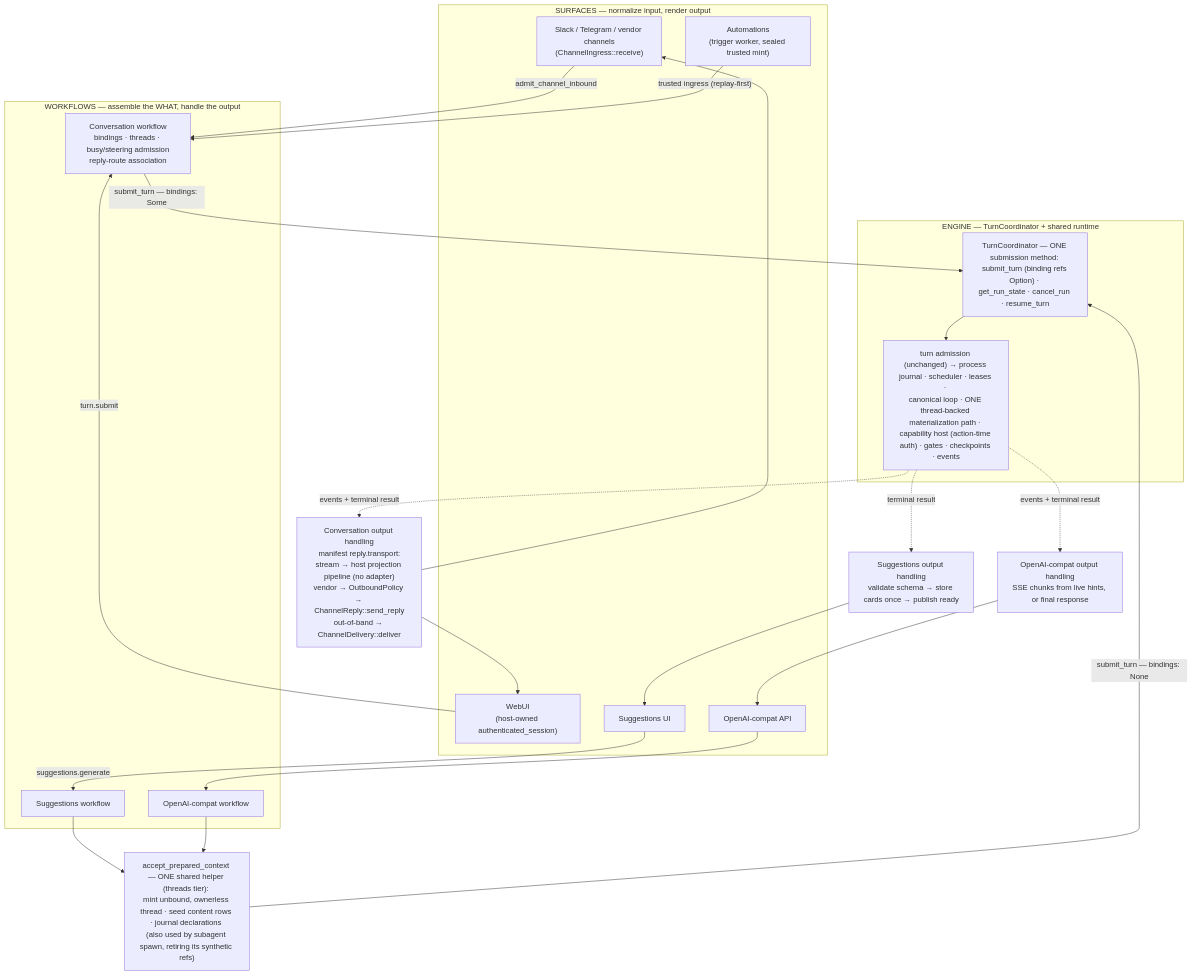
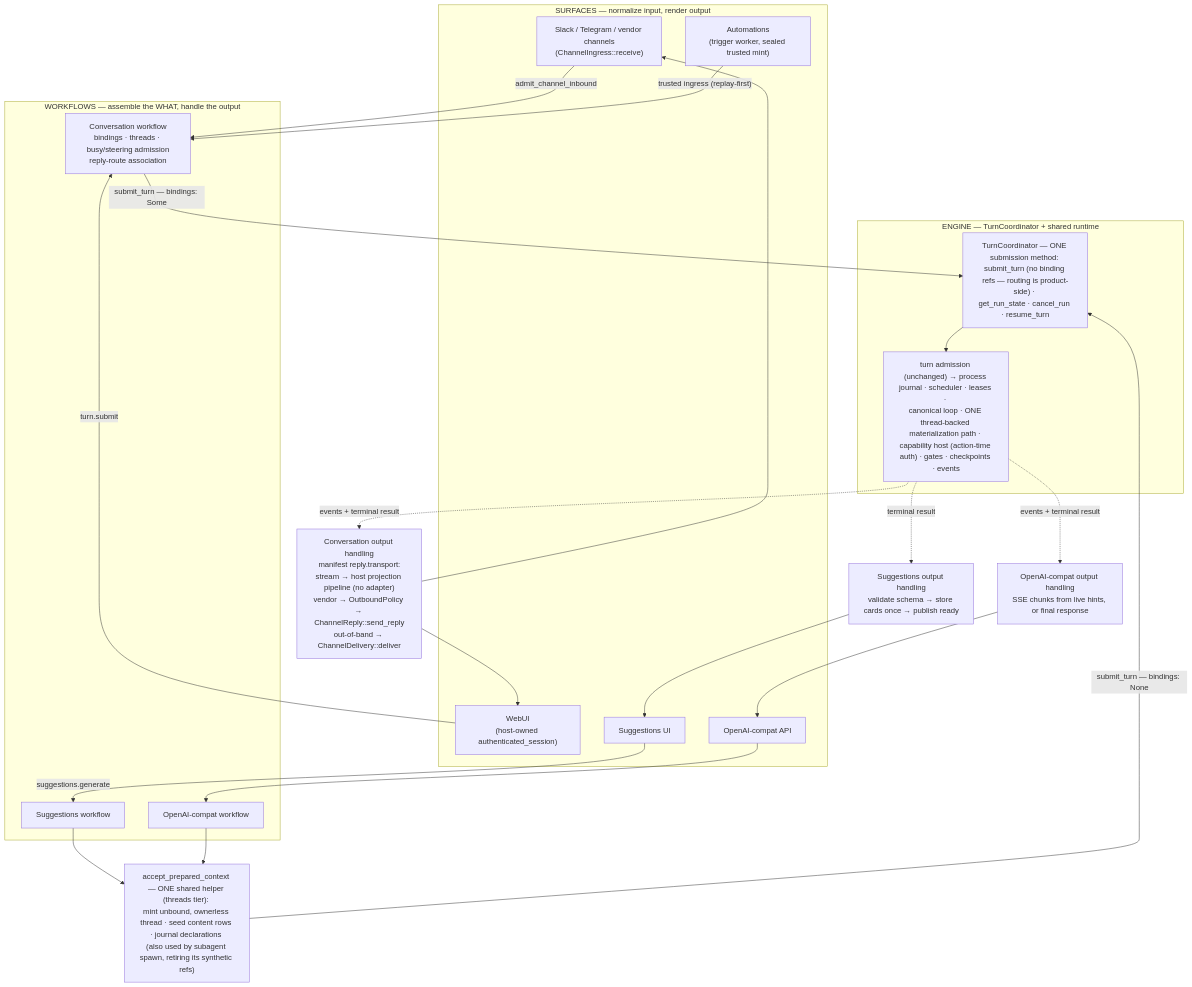
Before and after one commit to nearai/ironclaw: the diagram in docs/internal/design/2026-08-12-one-engine-many-surfaces.md, drawn with Mermaid. The commit also changed other lines of this file and 5 other files, not shown here.

````diff
--- a/docs/internal/design/2026-08-12-one-engine-many-surfaces.md
+++ b/docs/internal/design/2026-08-12-one-engine-many-surfaces.md
@@ -49,44 +49,44 @@
 ```mermaid
 flowchart TB
     subgraph Surfaces["SURFACES — normalize input, render output"]
         Slack["Slack / Telegram / vendor channels<br/>(ChannelIngress::receive)"]
         WebUI["WebUI<br/>(host-owned authenticated_session)"]
         Trig["Automations<br/>(trigger worker, sealed trusted mint)"]
         SuggUI["Suggestions UI"]
         OAIApi["OpenAI-compat API"]
     end
 
     subgraph Workflows["WORKFLOWS — assemble the WHAT, handle the output"]
         Conv["Conversation workflow<br/>bindings · threads · busy/steering admission<br/>reply-route association"]
         Sugg["Suggestions workflow"]
         Compat["OpenAI-compat workflow"]
     end
 
     subgraph Engine["ENGINE — TurnCoordinator + shared runtime"]
-        AE["TurnCoordinator — ONE submission method: <br/>submit_turn (binding refs Option) · <br/>get_run_state · cancel_run · resume_turn"]
+        AE["TurnCoordinator — ONE submission method: <br/>submit_turn (no binding refs — routing is product-side) · <br/>get_run_state · cancel_run · resume_turn"]
         RT["turn admission (unchanged) → process journal · scheduler · leases · <br/>canonical loop · ONE thread-backed materialization path · <br/>capability host (action-time auth) · gates · checkpoints · events"]
         AE --> RT
     end
 
     PREP["accept_prepared_context — ONE shared helper (threads tier): <br/>mint unbound, ownerless thread · seed content rows · journal declarations <br/>(also used by subagent spawn, retiring its synthetic refs)"]
 
     Slack -->|"admit_channel_inbound"| Conv
     WebUI -->|"turn.submit"| Conv
     Trig -->|"trusted ingress (replay-first)"| Conv
     SuggUI -->|"suggestions.generate"| Sugg
     OAIApi --> Compat
 
     Conv -->|"submit_turn — bindings: Some"| AE
     Sugg --> PREP
     Compat --> PREP
     PREP -->|"submit_turn — bindings: None"| AE
 
     RT -.->|"events + terminal result"| ConvOut["Conversation output handling<br/>manifest reply.transport:<br/>stream → host projection pipeline (no adapter)<br/>vendor → OutboundPolicy → ChannelReply::send_reply<br/>out-of-band → ChannelDelivery::deliver"]
     RT -.->|"terminal result"| SuggOut["Suggestions output handling<br/>validate schema → store cards once → publish ready"]
     RT -.->|"events + terminal result"| CompatOut["OpenAI-compat output handling<br/>SSE chunks from live hints, or final response"]
 
     ConvOut --> Slack
     ConvOut --> WebUI
     SuggOut --> SuggUI
     CompatOut --> OAIApi
 ```
````
